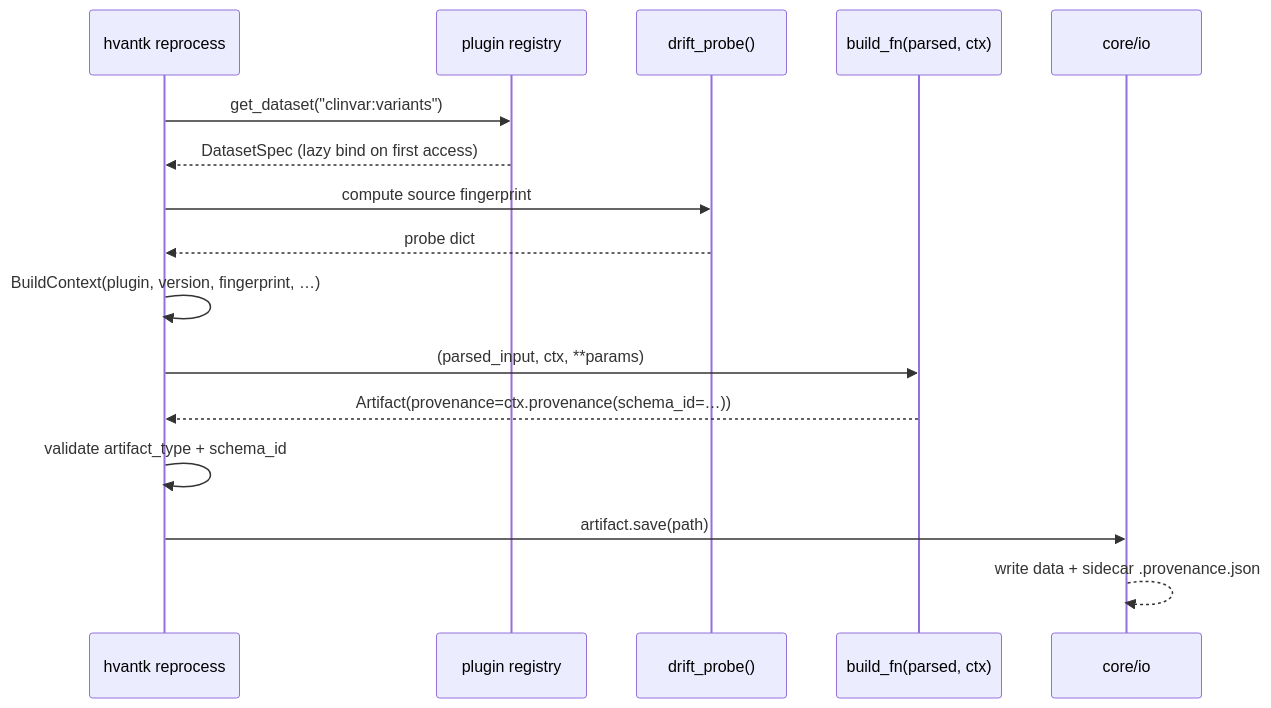
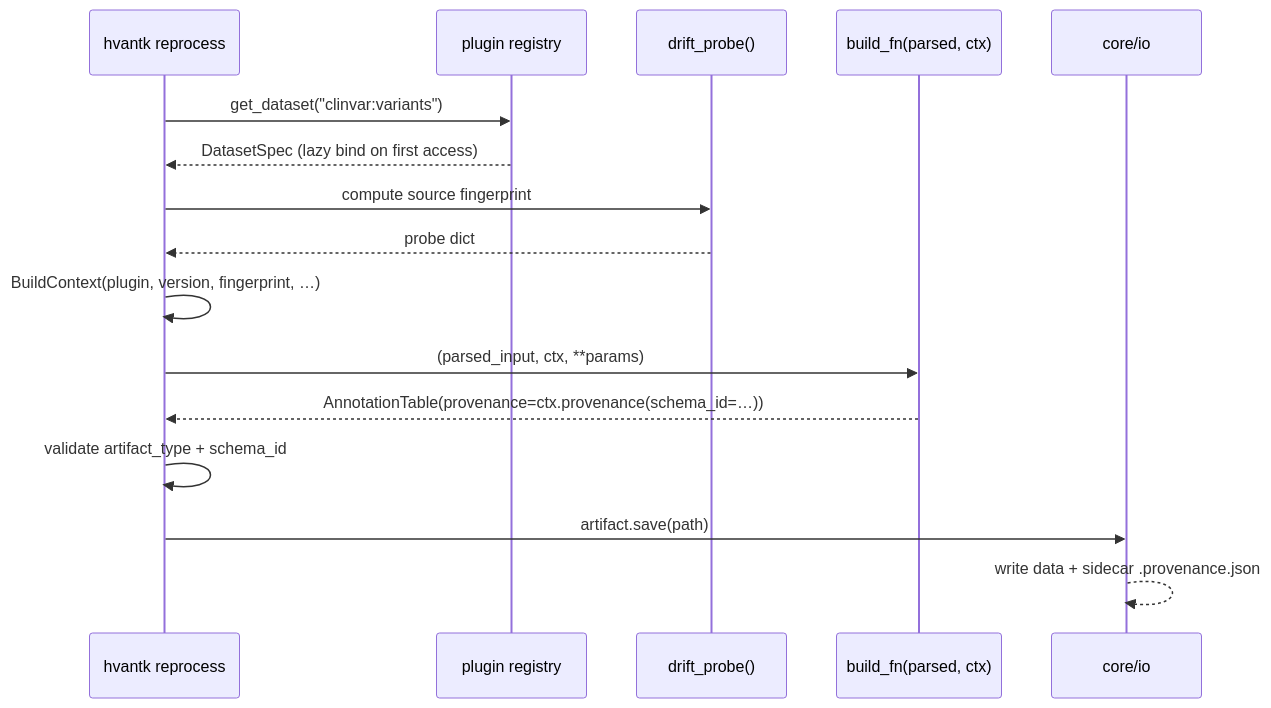
Before and after one commit to bigbio/hvantk: the diagram in docs_site/architecture.md, drawn with Mermaid. The commit also changed other lines of this file and 7 other files, not shown here.

````diff
--- a/docs_site/architecture.md
+++ b/docs_site/architecture.md
@@ -224,19 +228,19 @@
 ```mermaid
 sequenceDiagram
     participant CLI as hvantk reprocess
     participant Reg as plugin registry
     participant Probe as drift_probe()
     participant Build as build_fn(parsed, ctx)
     participant IO as core/io
 
     CLI->>Reg: get_dataset("clinvar:variants")
     Reg-->>CLI: DatasetSpec (lazy bind on first access)
     CLI->>Probe: compute source fingerprint
     Probe-->>CLI: probe dict
     CLI->>CLI: BuildContext(plugin, version, fingerprint, …)
     CLI->>Build: (parsed_input, ctx, **params)
-    Build-->>CLI: Artifact(provenance=ctx.provenance(schema_id=…))
+    Build-->>CLI: AnnotationTable(provenance=ctx.provenance(schema_id=…))
     CLI->>CLI: validate artifact_type + schema_id
     CLI->>IO: artifact.save(path)
     IO-->>IO: write data + sidecar .provenance.json
 ```
````
